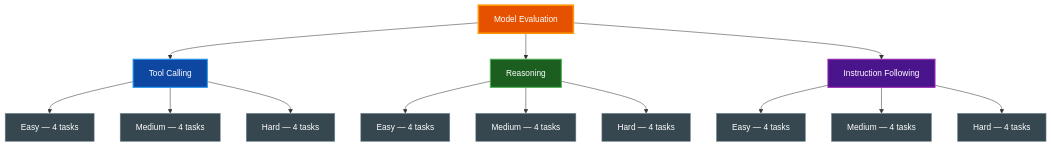
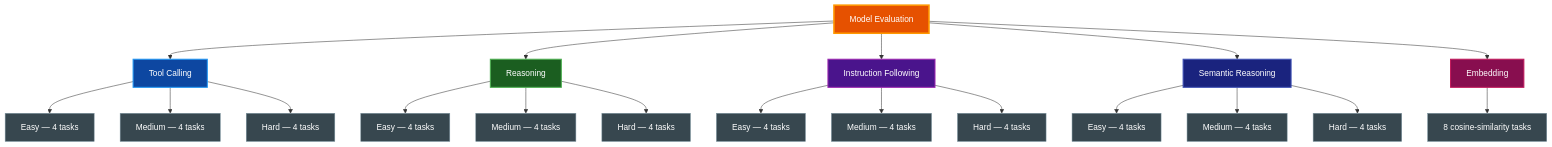
Before and after one commit to paulrobello/webllm: the second of 2 diagrams in docs/BENCHMARKS.md, drawn with Mermaid. The commit also changed other lines of this file and 32 other files, not shown here.

````diff
--- a/docs/BENCHMARKS.md
+++ b/docs/BENCHMARKS.md
@@ -136,32 +139,46 @@
 ```mermaid
 graph TD
     Eval[Model Evaluation] --> TC[Tool Calling]
     Eval --> RS[Reasoning]
     Eval --> IN[Instruction Following]
+    Eval --> SR[Semantic Reasoning]
+    Eval --> EMB[Embedding]
 
     TC --> TCE[Easy — 4 tasks]
     TC --> TCM[Medium — 4 tasks]
     TC --> TCH[Hard — 4 tasks]
 
     RS --> RSE[Easy — 4 tasks]
     RS --> RSM[Medium — 4 tasks]
     RS --> RSH[Hard — 4 tasks]
 
     IN --> INE[Easy — 4 tasks]
     IN --> INM[Medium — 4 tasks]
     IN --> INH[Hard — 4 tasks]
 
+    SR --> SRE[Easy — 4 tasks]
+    SR --> SRM[Medium — 4 tasks]
+    SR --> SRH[Hard — 4 tasks]
+
+    EMB --> EMBT[8 cosine-similarity tasks]
+
     style Eval fill:#e65100,stroke:#ff9800,stroke-width:3px,color:#ffffff
     style TC fill:#0d47a1,stroke:#2196f3,stroke-width:2px,color:#ffffff
     style RS fill:#1b5e20,stroke:#4caf50,stroke-width:2px,color:#ffffff
     style IN fill:#4a148c,stroke:#9c27b0,stroke-width:2px,color:#ffffff
+    style SR fill:#1a237e,stroke:#3f51b5,stroke-width:2px,color:#ffffff
+    style EMB fill:#880e4f,stroke:#c2185b,stroke-width:2px,color:#ffffff
     style TCE fill:#37474f,stroke:#78909c,stroke-width:1px,color:#ffffff
     style TCM fill:#37474f,stroke:#78909c,stroke-width:1px,color:#ffffff
     style TCH fill:#37474f,stroke:#78909c,stroke-width:1px,color:#ffffff
     style RSE fill:#37474f,stroke:#78909c,stroke-width:1px,color:#ffffff
     style RSM fill:#37474f,stroke:#78909c,stroke-width:1px,color:#ffffff
     style RSH fill:#37474f,stroke:#78909c,stroke-width:1px,color:#ffffff
     style INE fill:#37474f,stroke:#78909c,stroke-width:1px,color:#ffffff
     style INM fill:#37474f,stroke:#78909c,stroke-width:1px,color:#ffffff
     style INH fill:#37474f,stroke:#78909c,stroke-width:1px,color:#ffffff
+    style SRE fill:#37474f,stroke:#78909c,stroke-width:1px,color:#ffffff
+    style SRM fill:#37474f,stroke:#78909c,stroke-width:1px,color:#ffffff
+    style SRH fill:#37474f,stroke:#78909c,stroke-width:1px,color:#ffffff
+    style EMBT fill:#37474f,stroke:#78909c,stroke-width:1px,color:#ffffff
 ```
````
